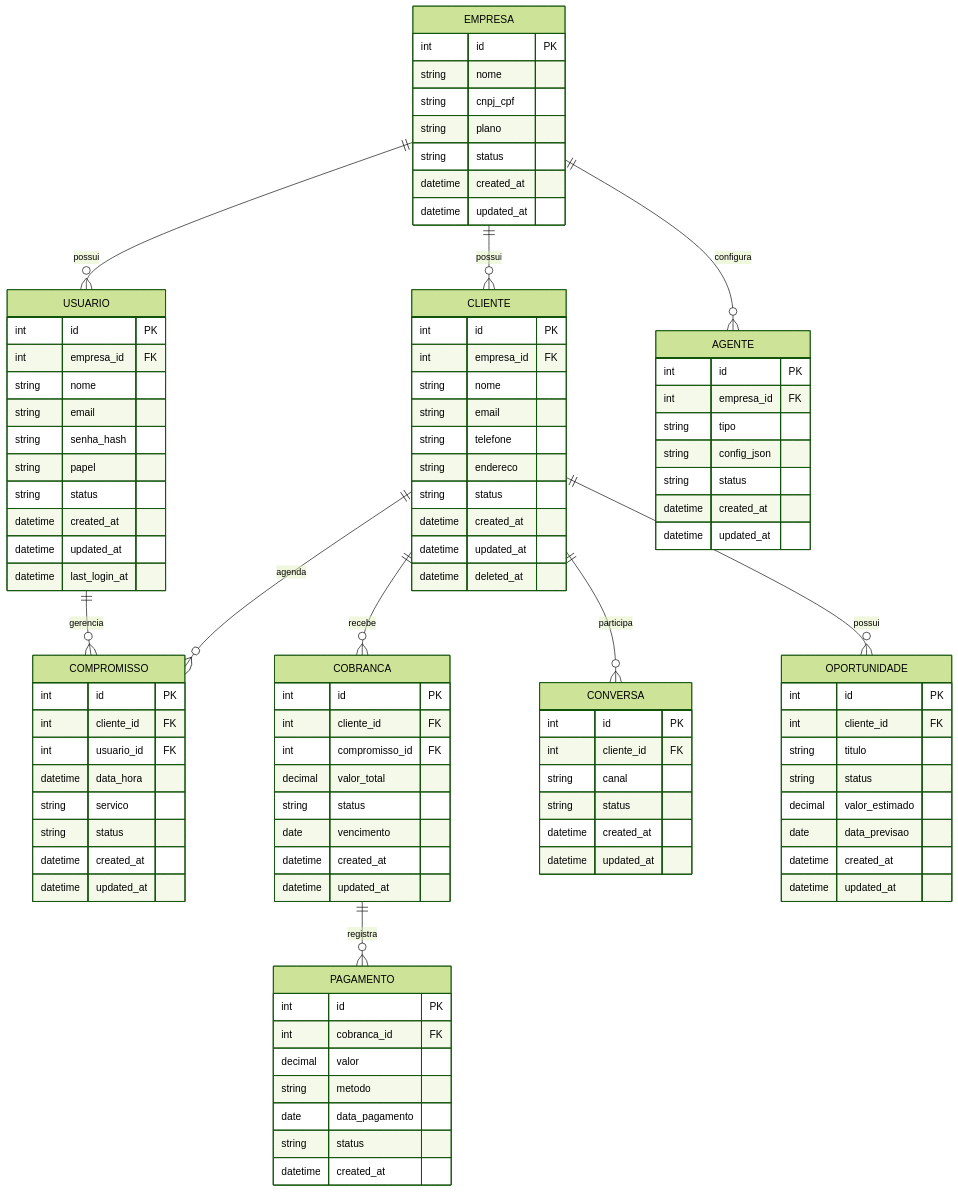
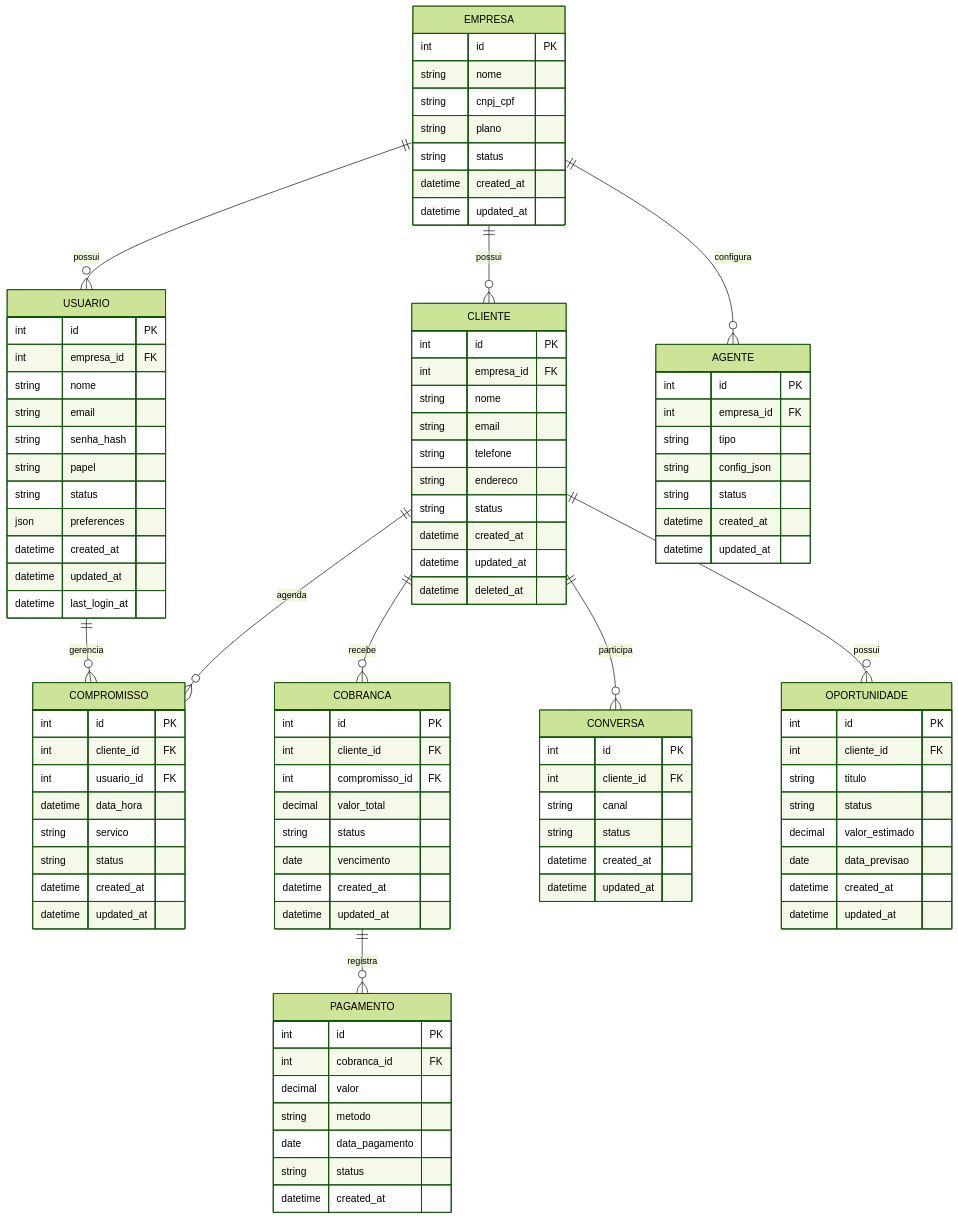
One commit to fagundesedimar/Severina changed the second of 2 diagrams in docs/specReq.md. Above: the diagram before and after it, drawn with Mermaid (forest theme). The commit also changed other lines of this file and 5 other files, not shown here.

```diff
--- a/docs/specReq.md
+++ b/docs/specReq.md
@@ -184,6 +199,7 @@
         string senha_hash
         string papel
         string status
+        json preferences
         datetime created_at
         datetime updated_at
         datetime last_login_at
```
